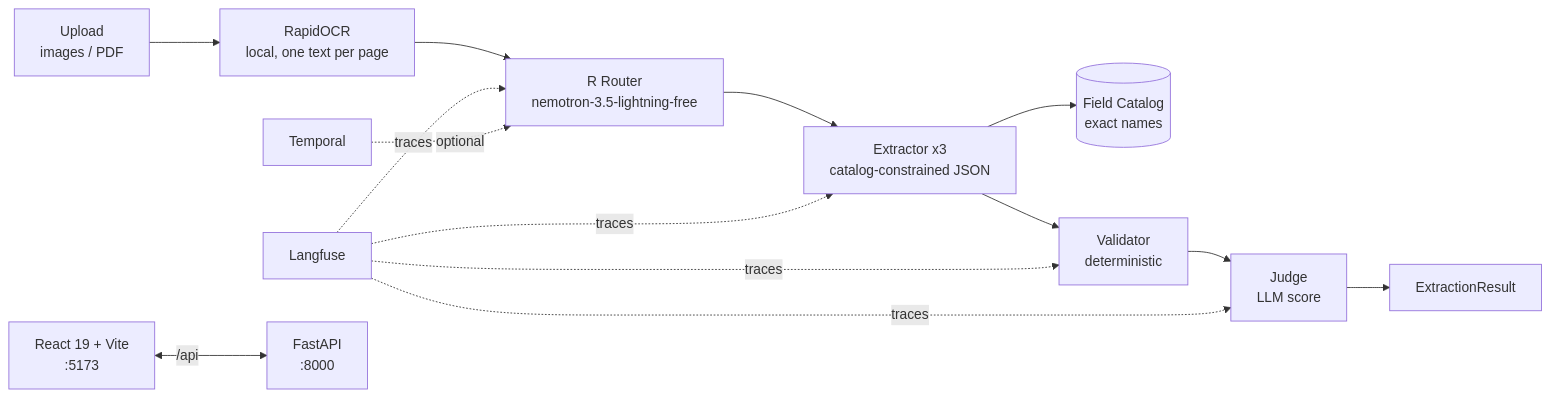
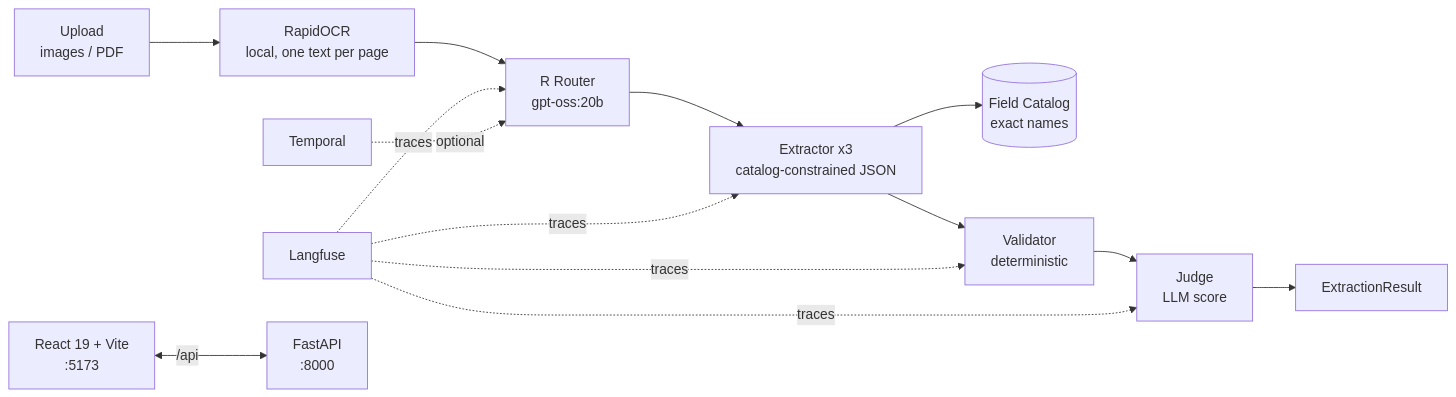
Before and after one commit to Phatcharaphon-Hemnon/Configurable-Document-Extraction: the diagram in docs/tech-stack.md, drawn with Mermaid. The commit also changed other lines of this file and 75 other files, not shown here.

````diff
--- a/docs/tech-stack.md
+++ b/docs/tech-stack.md
@@ -59,13 +59,13 @@
 ```mermaid
 flowchart LR
     U[Upload<br/>images / PDF] --> P[RapidOCR<br/>local, one text per page]
-    P --> R[R Router<br/>nemotron-3.5-lightning-free]
+    P --> R[R Router<br/>gpt-oss:20b]
     R --> E[Extractor x3<br/>catalog-constrained JSON]
     E --> C[(Field Catalog<br/>exact names)]
     E --> VA[Validator<br/>deterministic]
     VA --> J[Judge<br/>LLM score]
     J --> O[ExtractionResult]
     LF[Langfuse] -.traces.-> R & E & VA & J
     T[Temporal] -.optional.-> R
     WEB[React 19 + Vite<br/>:5173] <--/api--> API[FastAPI<br/>:8000]
 ```
````
